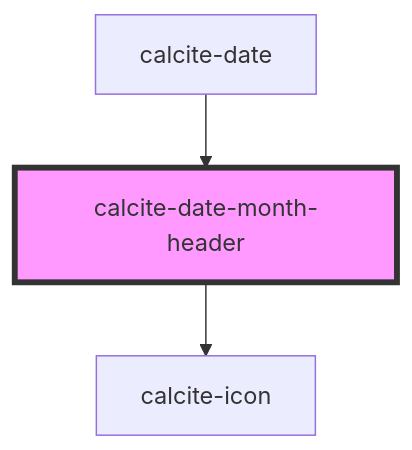
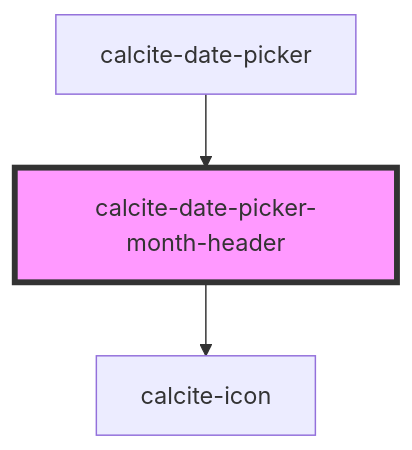
One commit to Esri/calcite-design-system changed the diagram in src/components/calcite-date-picker-month-header/readme.md. Above: the diagram before and after it, drawn with Mermaid. The commit also changed other lines of this file and 3 other files, not shown here.

````diff
--- a/src/components/calcite-date-picker-month-header/readme.md
+++ b/src/components/calcite-date-picker-month-header/readme.md
@@ -37,6 +37,6 @@
 ```mermaid
 graph TD;
-  calcite-date-month-header --> calcite-icon
-  calcite-date --> calcite-date-month-header
-  style calcite-date-month-header fill:#f9f,stroke:#333,stroke-width:4px
+  calcite-date-picker-month-header --> calcite-icon
+  calcite-date-picker --> calcite-date-picker-month-header
+  style calcite-date-picker-month-header fill:#f9f,stroke:#333,stroke-width:4px
 ```
````
